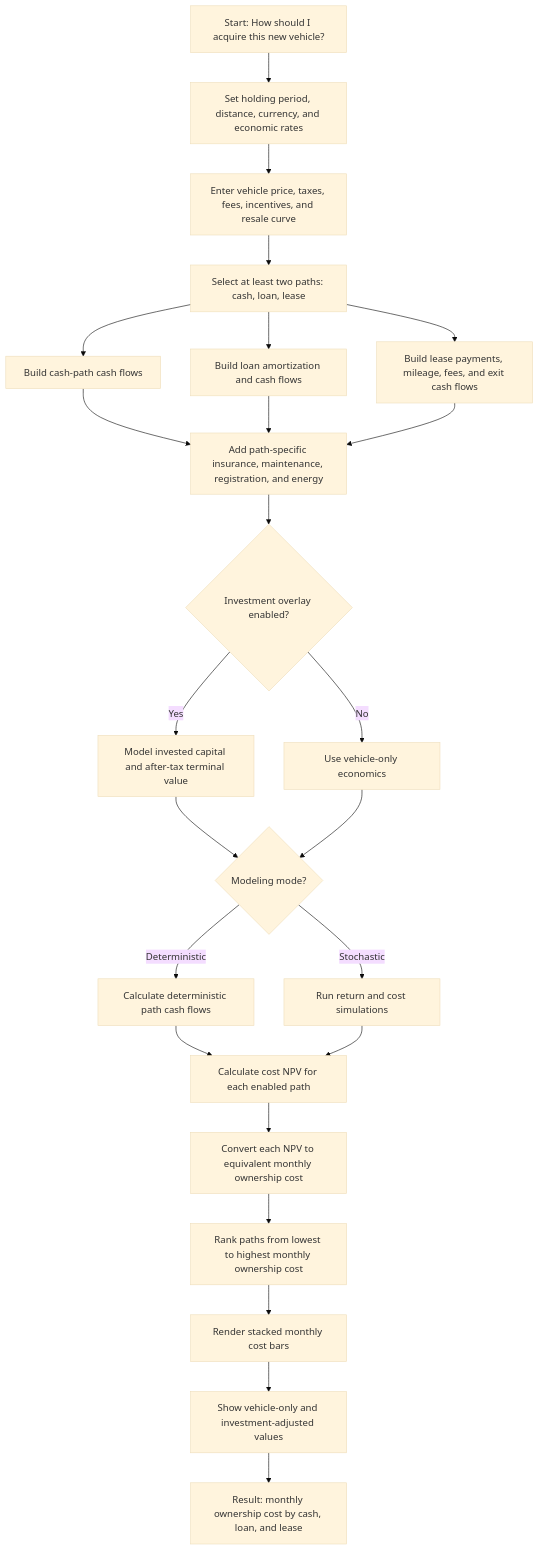
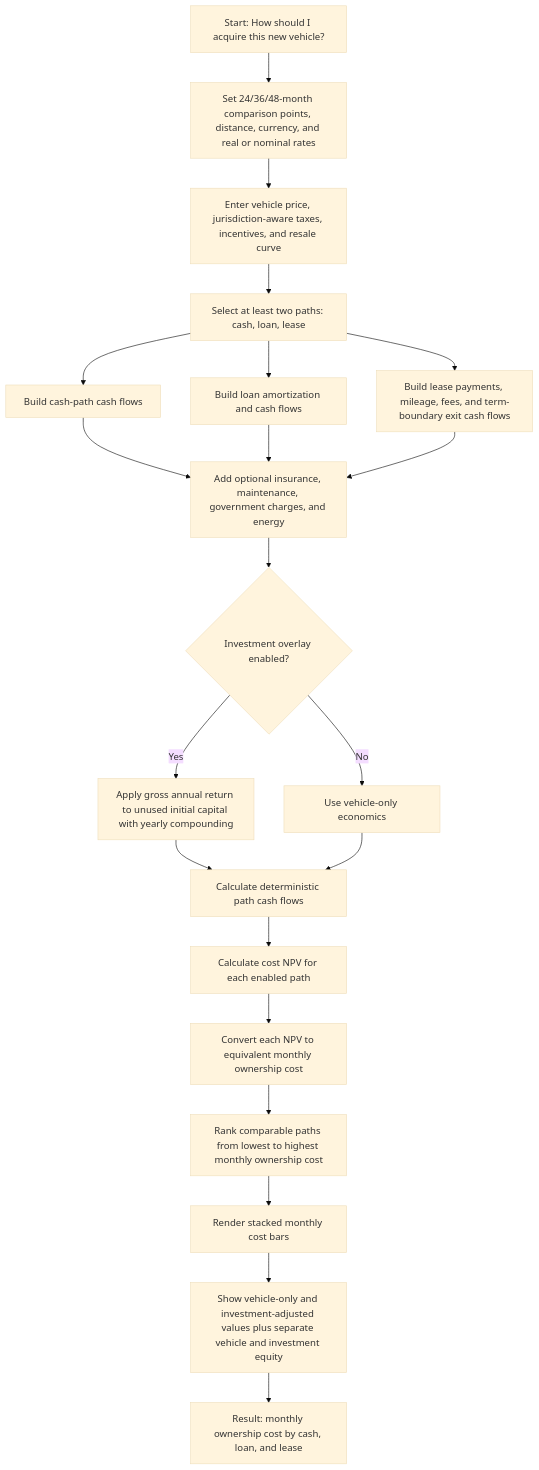
Before and after one commit to rodriguezua/cardec: the diagram in docs/diagrams/story-2a-flowchart.md, drawn with Mermaid (base theme). The commit also changed 5 other files, not shown here.

````diff
--- a/docs/diagrams/story-2a-flowchart.md
+++ b/docs/diagrams/story-2a-flowchart.md
@@ -5,37 +5,34 @@
 ```mermaid
 flowchart TD
   S2AA["Start: How should I acquire this new vehicle?"]
-  S2AB["Set holding period, distance, currency, and economic rates"]
-  S2AC["Enter vehicle price, taxes, fees, incentives, and resale curve"]
+  S2AB["Set 24/36/48-month comparison points, distance, currency, and real or nominal rates"]
+  S2AC["Enter vehicle price, jurisdiction-aware taxes, incentives, and resale curve"]
   S2AD["Select at least two paths: cash, loan, lease"]
   S2AE["Build cash-path cash flows"]
   S2AF["Build loan amortization and cash flows"]
-  S2AG["Build lease payments, mileage, fees, and exit cash flows"]
-  S2AH["Add path-specific insurance, maintenance, registration, and energy"]
+  S2AG["Build lease payments, mileage, fees, and term-boundary exit cash flows"]
+  S2AH["Add optional insurance, maintenance, government charges, and energy"]
   S2AI{"Investment overlay enabled?"}
-  S2AJ["Model invested capital and after-tax terminal value"]
+  S2AJ["Apply gross annual return to unused initial capital with yearly compounding"]
   S2AK["Use vehicle-only economics"]
-  S2AL{"Modeling mode?"}
   S2AM["Calculate deterministic path cash flows"]
-  S2AN["Run return and cost simulations"]
   S2AO["Calculate cost NPV for each enabled path"]
   S2AP["Convert each NPV to equivalent monthly ownership cost"]
-  S2AQ["Rank paths from lowest to highest monthly ownership cost"]
+  S2AQ["Rank comparable paths from lowest to highest monthly ownership cost"]
   S2AR["Render stacked monthly cost bars"]
-  S2AS["Show vehicle-only and investment-adjusted values"]
+  S2AS["Show vehicle-only and investment-adjusted values plus separate vehicle and investment equity"]
   S2AT["Result: monthly ownership cost by cash, loan, and lease"]
 
   S2AA --> S2AB --> S2AC --> S2AD
   S2AD --> S2AE
   S2AD --> S2AF
   S2AD --> S2AG
   S2AE --> S2AH
   S2AF --> S2AH
   S2AG --> S2AH
   S2AH --> S2AI
-  S2AI -->|Yes| S2AJ --> S2AL
-  S2AI -->|No| S2AK --> S2AL
-  S2AL -->|Deterministic| S2AM --> S2AO
-  S2AL -->|Stochastic| S2AN --> S2AO
+  S2AI -->|Yes| S2AJ --> S2AM
+  S2AI -->|No| S2AK --> S2AM
+  S2AM --> S2AO
   S2AO --> S2AP --> S2AQ --> S2AR --> S2AS --> S2AT
 ```
````
